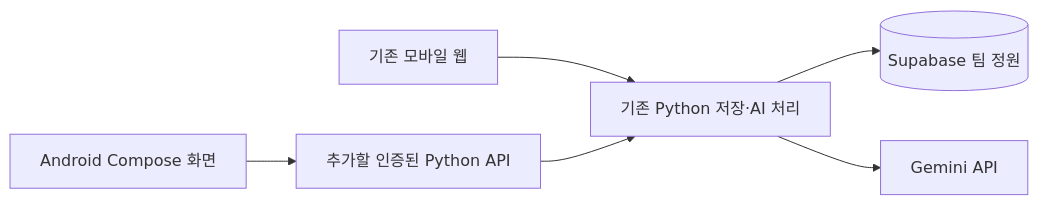
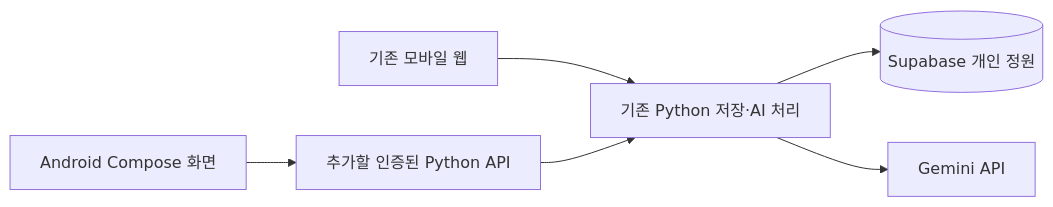
Before and after one commit to Mhoyoung/plant-care-ai: the diagram in docs/ANDROID_PLAN.md, drawn with Mermaid. The commit also changed other lines of this file and 27 other files, not shown here.

````diff
--- a/docs/ANDROID_PLAN.md
+++ b/docs/ANDROID_PLAN.md
@@ -29,8 +29,8 @@
 ```mermaid
 flowchart LR
     W[기존 모바일 웹] --> P[기존 Python 저장·AI 처리]
     A[Android Compose 화면] --> API[추가할 인증된 Python API]
     API --> P
-    P --> DB[(Supabase 팀 정원)]
+    P --> DB[(Supabase 개인 정원)]
     P --> AI[Gemini API]
 ```
````
